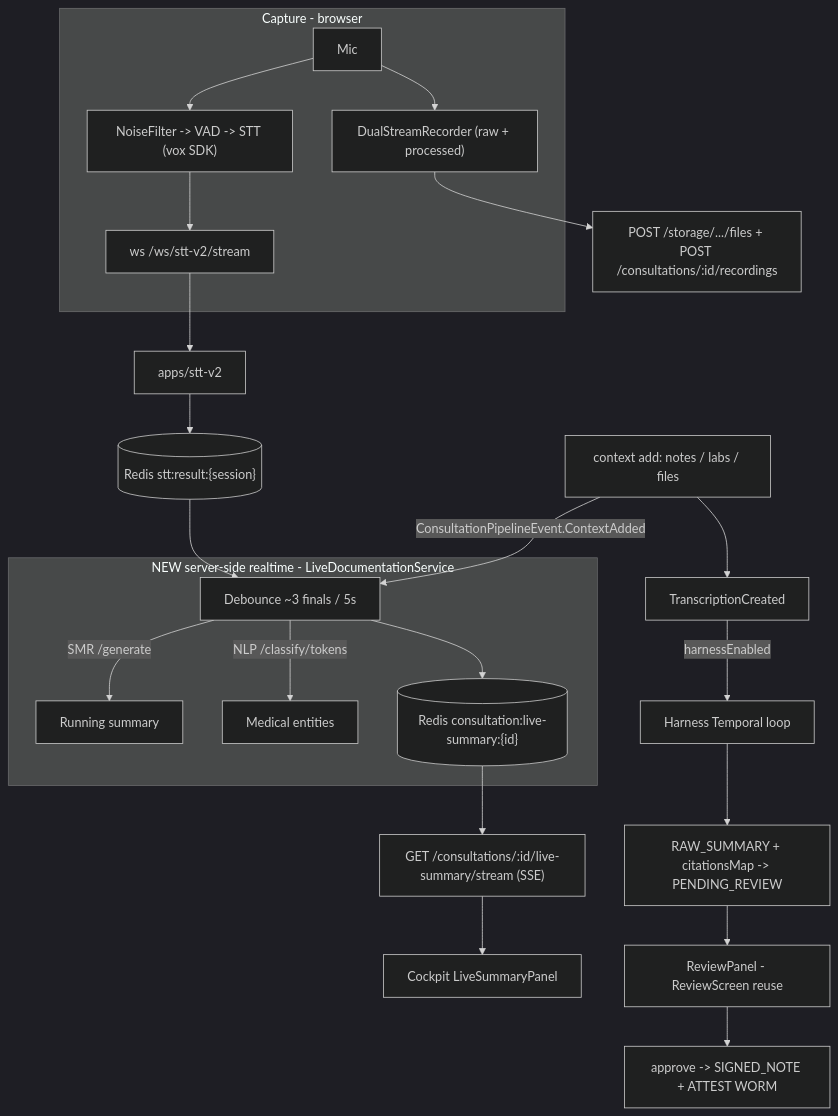
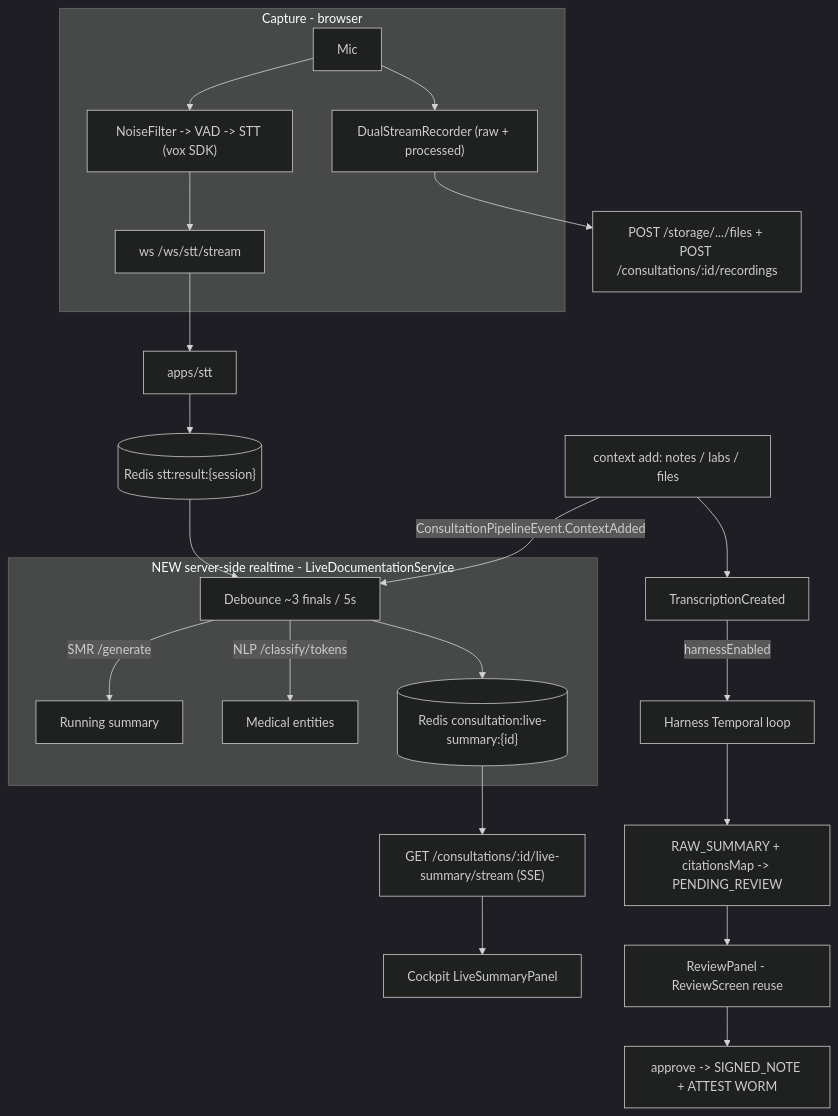
One commit to ArcaAI/vox-platform-study changed the diagram in docs/archive/TASK-339-Clinical-Workflow-Playground/README.md. Above: the diagram before and after it, drawn with Mermaid (dark theme). The commit also changed other lines of this file and 1459 other files, not shown here.

````diff
--- a/docs/archive/TASK-339-Clinical-Workflow-Playground/README.md
+++ b/docs/archive/TASK-339-Clinical-Workflow-Playground/README.md
@@ -60,19 +60,19 @@
 ```mermaid
 flowchart TB
   subgraph cap [Capture - browser]
-    Mic[Mic] --> Pipe["NoiseFilter -> VAD -> STT (vox SDK)"] --> WS["ws /ws/stt-v2/stream"]
+    Mic[Mic] --> Pipe["NoiseFilter -> VAD -> STT (vox SDK)"] --> WS["ws /ws/stt/stream"]
     Mic --> Dual["DualStreamRecorder (raw + processed)"]
   end
-  WS --> Stt["apps/stt-v2"] --> Res[("Redis stt:result:{session}")]
+  WS --> Stt["apps/stt"] --> Res[("Redis stt:result:{session}")]
   subgraph live [NEW server-side realtime - LiveDocumentationService]
     LiveDoc["Debounce ~3 finals / 5s"] -->|"SMR /generate"| Smr["Running summary"]
     LiveDoc -->|"NLP /classify/tokens"| Nlp["Medical entities"]
     LiveDoc --> Pub[("Redis consultation:live-summary:{id}")]
   end
   Res --> LiveDoc
   Ctx["context add: notes / labs / files"] -->|"ConsultationPipelineEvent.ContextAdded"| LiveDoc
   Pub --> Sse["GET /consultations/:id/live-summary/stream (SSE)"] --> UI["Cockpit LiveSummaryPanel"]
   Ctx --> TransEvt["TranscriptionCreated"] -->|"harnessEnabled"| Harness["Harness Temporal loop"]
   Harness --> Draft["RAW_SUMMARY + citationsMap -> PENDING_REVIEW"] --> Review["ReviewPanel - ReviewScreen reuse"] --> Approve["approve -> SIGNED_NOTE + ATTEST WORM"]
   Dual --> Store["POST /storage/.../files + POST /consultations/:id/recordings"]
 ```
````
